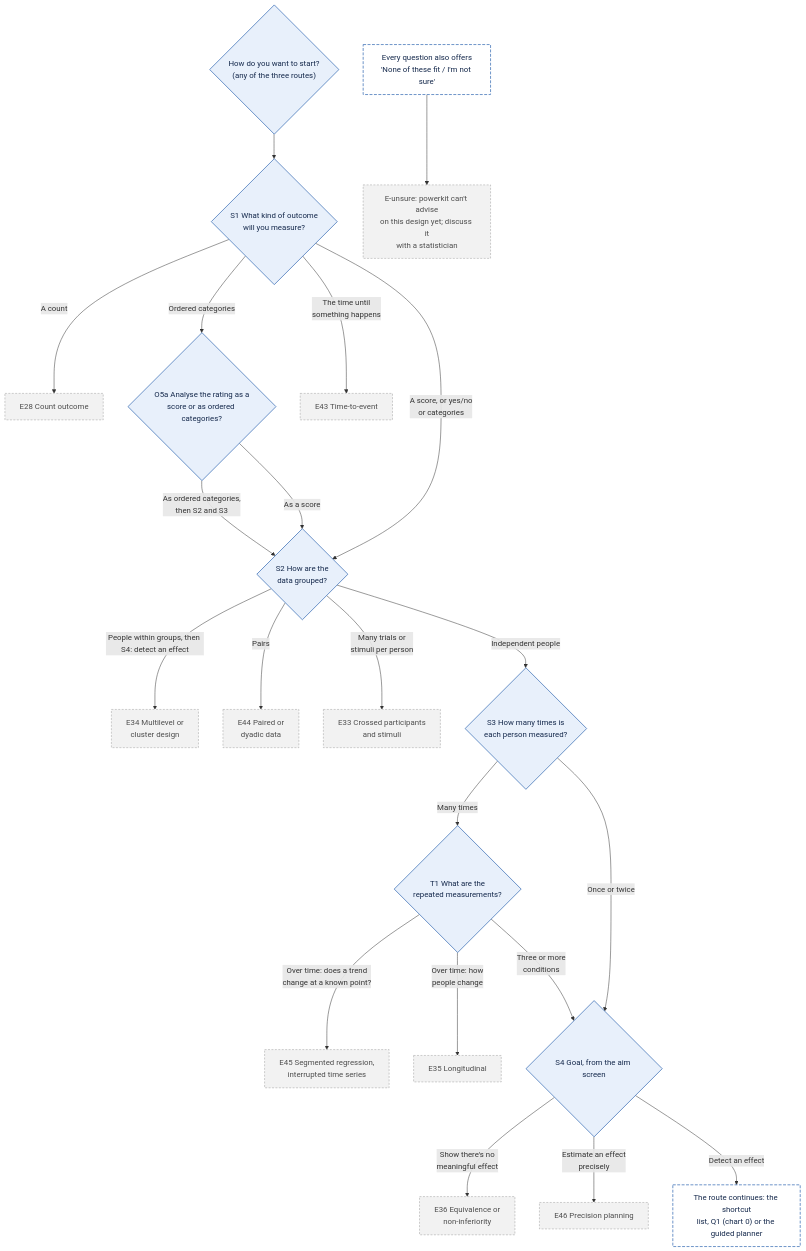
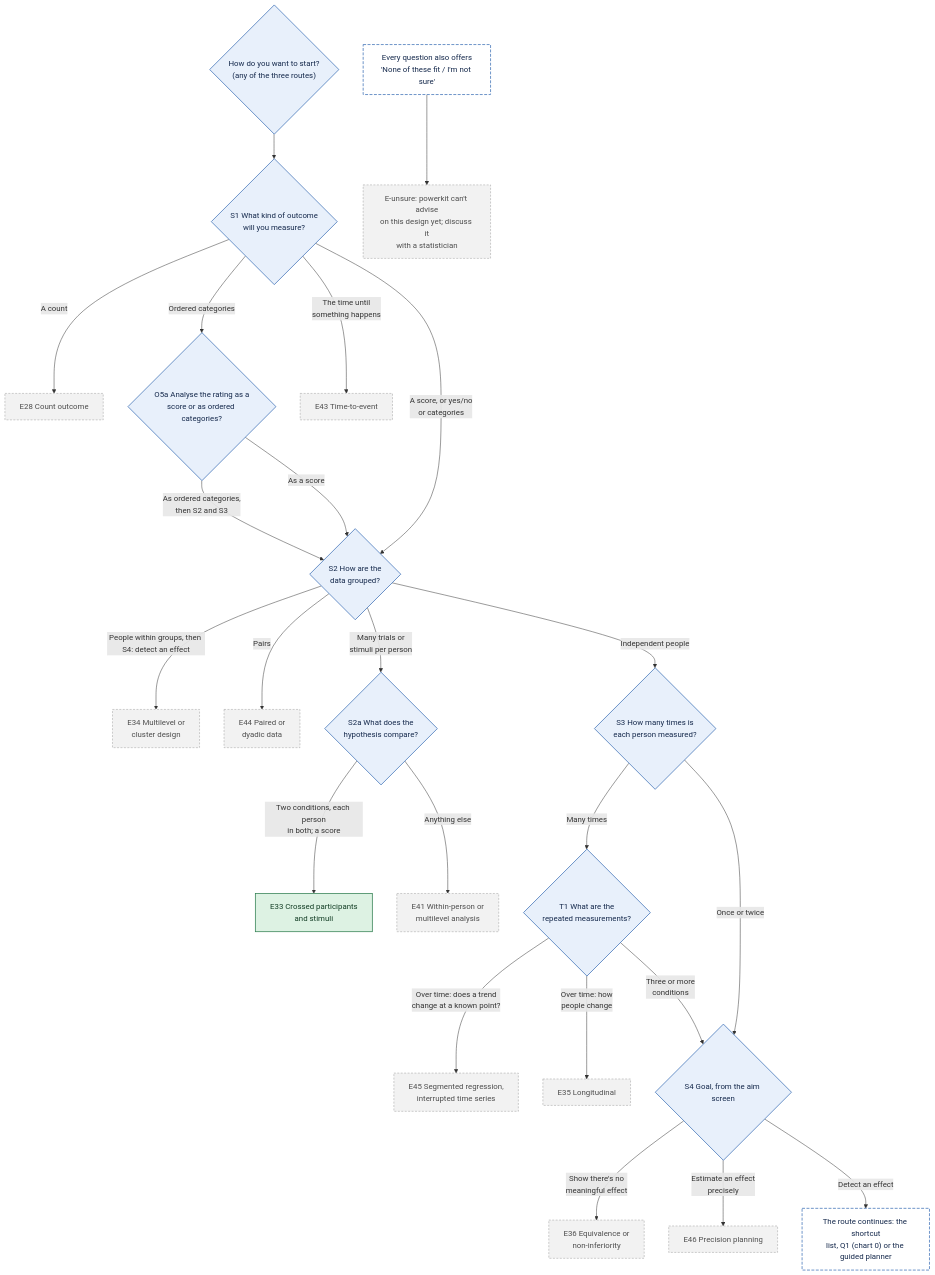
The first of 11 diagrams in docs/decision-tree.md (JoelThornton/Powerkit), drawn with Mermaid before and after one commit. The commit also changed other lines of this file and 37 other files, not shown here.

````diff
--- a/docs/decision-tree.md
+++ b/docs/decision-tree.md
@@ -236,31 +236,34 @@
 ```mermaid
 flowchart TD
   S0{"How do you want to start?<br/>(any of the three routes)"} --> S1{"S1 What kind of outcome<br/>will you measure?"}
   S1 -->|A count| E28["E28 Count outcome"]
   S1 -->|Ordered categories| O5a{"O5a Analyse the rating as a<br/>score or as ordered categories?"}
   O5a -->|As ordered categories,<br/>then S2 and S3| S2
   O5a -->|As a score| S2
   S1 -->|The time until<br/>something happens| E43["E43 Time-to-event"]
   S1 -->|A score, or yes/no<br/>or categories| S2{"S2 How are the<br/>data grouped?"}
   S2 -->|People within groups, then S4: detect an effect| E34["E34 Multilevel or<br/>cluster design"]
   S2 -->|Pairs| E44["E44 Paired or<br/>dyadic data"]
-  S2 -->|Many trials or<br/>stimuli per person| E33["E33 Crossed participants<br/>and stimuli"]
+  S2 -->|Many trials or<br/>stimuli per person| S2A{"S2a What does the<br/>hypothesis compare?"}
+  S2A -->|Two conditions, each person<br/>in both; a score| E33["E33 Crossed participants<br/>and stimuli"]
+  S2A -->|Anything else| E41["E41 Within-person or<br/>multilevel analysis"]
   S2 -->|Independent people| S3{"S3 How many times is<br/>each person measured?"}
   S3 -->|Many times| T1{"T1 What are the<br/>repeated measurements?"}
   T1 -->|Over time: does a trend<br/>change at a known point?| E45["E45 Segmented regression,<br/>interrupted time series"]
   T1 -->|Over time: how<br/>people change| E35["E35 Longitudinal"]
   T1 -->|Three or more<br/>conditions| S4
   S3 -->|Once or twice| S4{"S4 Goal, from the aim screen"}
   S4 -->|Show there's no<br/>meaningful effect| E36["E36 Equivalence or<br/>non-inferiority"]
   S4 -->|Estimate an effect<br/>precisely| E46["E46 Precision planning"]
   S4 -->|Detect an effect| R["The route continues: the shortcut<br/>list, Q1 (chart 0) or the guided planner"]
   ANY["Every question also offers<br/>'None of these fit / I'm not sure'"] --> EU["E-unsure: powerkit can't advise<br/>on this design yet; discuss it<br/>with a statistician"]
-  class S0,S1,O5a,S2,S3,T1,S4 q
-  class E28,E43,E34,E44,E33,E45,E35,E36,E46,EU later
+  class S0,S1,O5a,S2,S2A,S3,T1,S4 q
+  class E28,E43,E34,E44,E45,E35,E36,E46,E41,EU later
+  class E33 avail
   class R,ANY jump
   classDef q fill:#E8F0FB,stroke:#3B6FB6,color:#14284B,stroke-width:1.5px
   classDef avail fill:#DDF2E3,stroke:#2E7D4F,color:#123D24,stroke-width:1.5px
   classDef spec fill:#FFF0D1,stroke:#B97A00,color:#4A3200,stroke-width:1.5px
   classDef later fill:#F2F2F2,stroke:#9A9A9A,color:#4D4D4D,stroke-width:1px,stroke-dasharray:4 3
   classDef jump fill:#FFFFFF,stroke:#3B6FB6,color:#14284B,stroke-width:1.5px,stroke-dasharray:6 3
 ```
````
